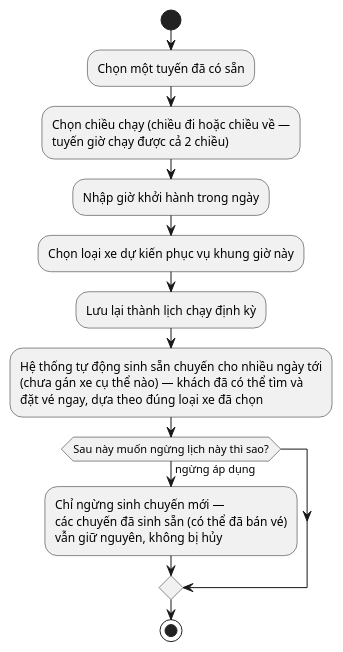
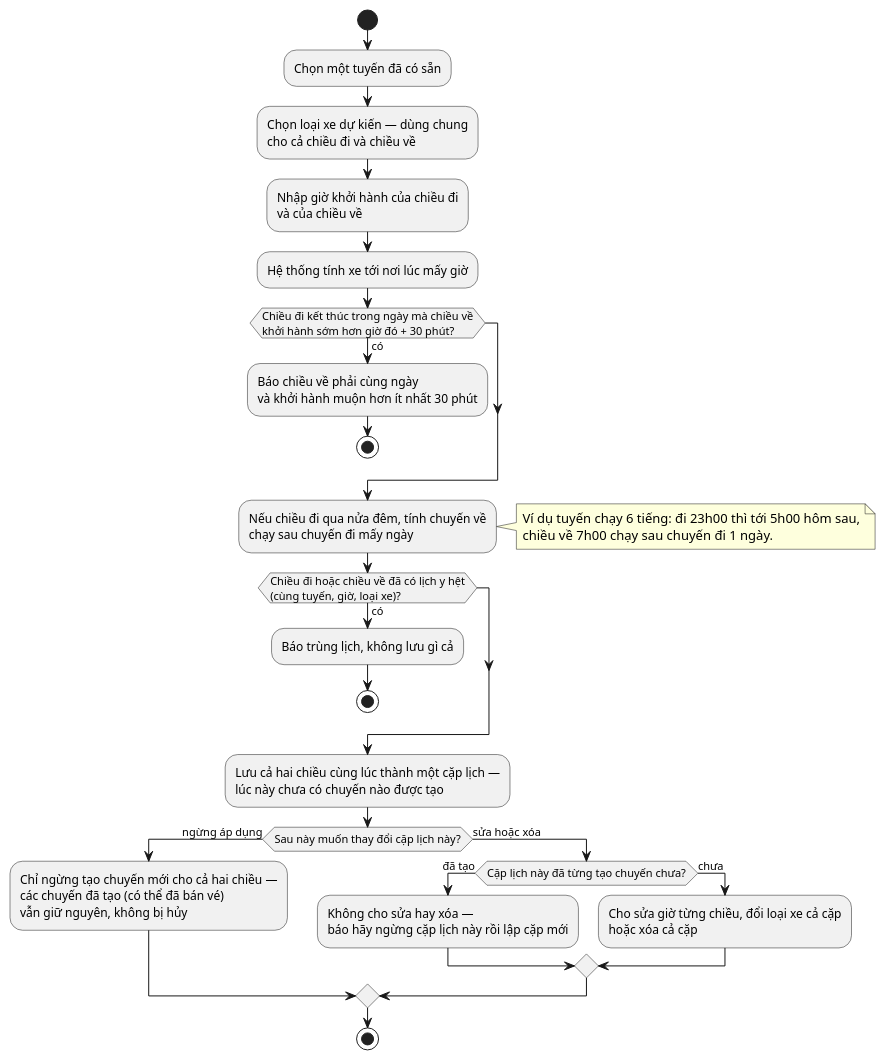
Diagram 21 of 53 in UML_DIAGRAMS.md (nguyenvietanhit19/Project1_HeThongQuanLyNhaXeKhachLienTinh), drawn with PlantUML before and after one commit. The commit also changed other lines of this file and 316 other files, not shown here.

````diff
--- a/UML_DIAGRAMS.md
+++ b/UML_DIAGRAMS.md
@@ -640,15 +646,33 @@
 ```plantuml
 @startuml AD_UC18_LichDinhKy
 start
 :Chọn một tuyến đã có sẵn;
-:Chọn chiều chạy (chiều đi hoặc chiều về —\ntuyến giờ chạy được cả 2 chiều);
-:Nhập giờ khởi hành trong ngày;
-:Chọn loại xe dự kiến phục vụ khung giờ này;
-:Lưu lại thành lịch chạy định kỳ;
-:Hệ thống tự động sinh sẵn chuyến cho nhiều ngày tới\n(chưa gán xe cụ thể nào) — khách đã có thể tìm và\nđặt vé ngay, dựa theo đúng loại xe đã chọn;
-if (Sau này muốn ngừng lịch này thì sao?) then (ngừng áp dụng)
-  :Chỉ ngừng sinh chuyến mới —\ncác chuyến đã sinh sẵn (có thể đã bán vé)\nvẫn giữ nguyên, không bị hủy;
+:Chọn loại xe dự kiến — dùng chung\ncho cả chiều đi và chiều về;
+:Nhập giờ khởi hành của chiều đi\nvà của chiều về;
+:Hệ thống tính xe tới nơi lúc mấy giờ;
+if (Chiều đi kết thúc trong ngày mà chiều về\nkhởi hành sớm hơn giờ đó + 30 phút?) then (có)
+  :Báo chiều về phải cùng ngày\nvà khởi hành muộn hơn ít nhất 30 phút;
+  stop
+endif
+:Nếu chiều đi qua nửa đêm, tính chuyến về\nchạy sau chuyến đi mấy ngày;
+note right
+  Ví dụ tuyến chạy 6 tiếng: đi 23h00 thì tới 5h00 hôm sau,
+  chiều về 7h00 chạy sau chuyến đi 1 ngày.
+end note
+if (Chiều đi hoặc chiều về đã có lịch y hệt\n(cùng tuyến, giờ, loại xe)?) then (có)
+  :Báo trùng lịch, không lưu gì cả;
+  stop
+endif
+:Lưu cả hai chiều cùng lúc thành một cặp lịch —\nlúc này chưa có chuyến nào được tạo;
+if (Sau này muốn thay đổi cặp lịch này?) then (ngừng áp dụng)
+  :Chỉ ngừng tạo chuyến mới cho cả hai chiều —\ncác chuyến đã tạo (có thể đã bán vé)\nvẫn giữ nguyên, không bị hủy;
+else (sửa hoặc xóa)
+  if (Cặp lịch này đã từng tạo chuyến chưa?) then (đã tạo)
+    :Không cho sửa hay xóa —\nbáo hãy ngừng cặp lịch này rồi lập cặp mới;
+  else (chưa)
+    :Cho sửa giờ từng chiều, đổi loại xe cả cặp\nhoặc xóa cả cặp;
+  endif
 endif
 stop
 @enduml
 ```
````
